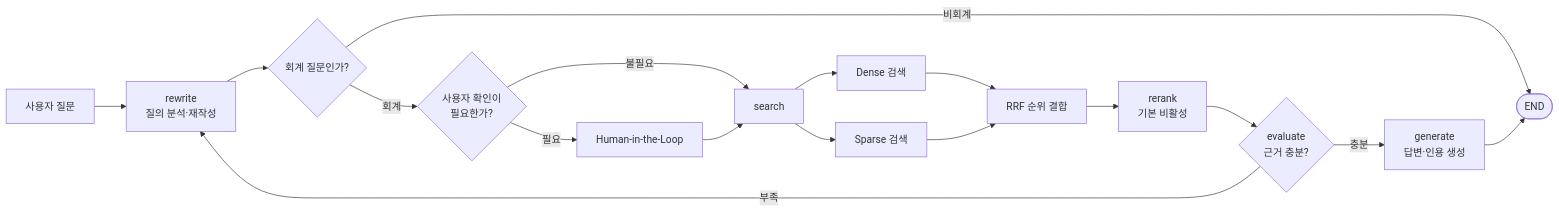
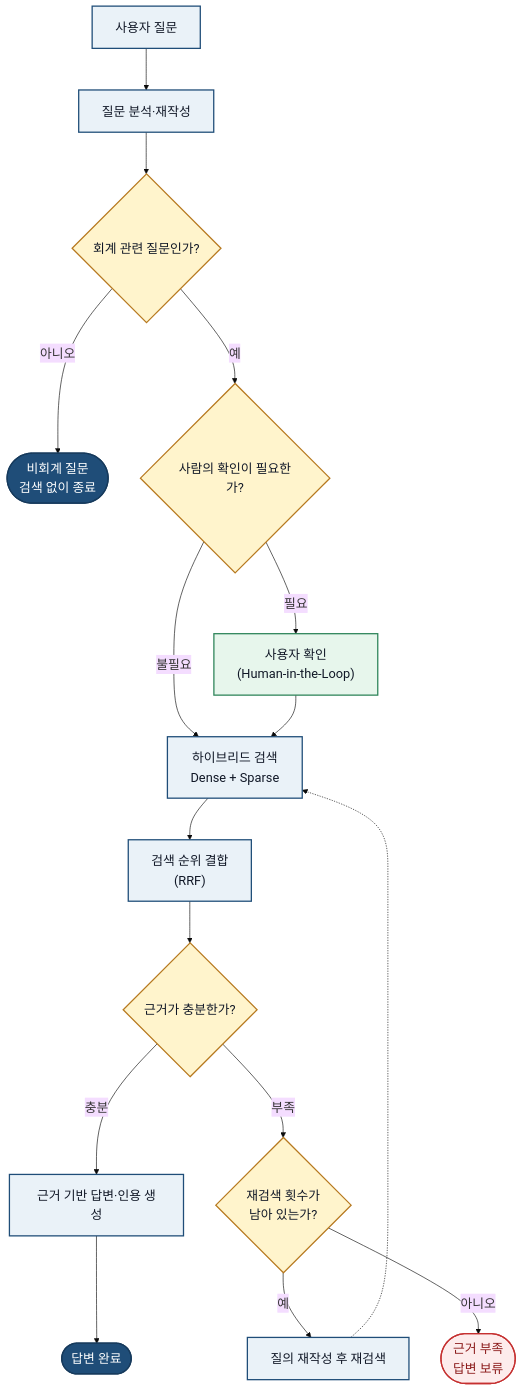
One commit to PDW-accountant/rag_for_accounting changed the second of 2 diagrams in README.md. Above: the diagram before and after it, drawn with Mermaid. The commit also changed other lines of this file, not shown here.

Commit message:
아키텍처 업데이트

````diff
--- a/README.md
+++ b/README.md
@@ -82,19 +97,55 @@
 ```mermaid
-flowchart LR
-    Q["사용자 질문"] --> RW["rewrite<br/>질의 분석·재작성"]
-    RW --> ACC{"회계 질문인가?"}
-    ACC -->|비회계| ED([END])
-    ACC -->|회계| HIL{"사용자 확인이<br/>필요한가?"}
-    HIL -->|필요| HR["Human-in-the-Loop"]
-    HIL -->|불필요| S["search"]
-    HR --> S
-    S --> D["Dense 검색"]
-    S --> SP["Sparse 검색"]
-    D --> RRF["RRF 순위 결합"]
-    SP --> RRF
-    RRF --> RR["rerank<br/>기본 비활성"]
-    RR --> EV{"evaluate<br/>근거 충분?"}
-    EV -->|부족| RW
-    EV -->|충분| G["generate<br/>답변·인용 생성"]
-    G --> ED
- ```
+%%{init: {"theme":"base","themeVariables":{"fontSize":"20px","fontFamily":"Arial, sans-serif"},"flowchart":{"useMaxWidth":true,"nodeSpacing":50,"rankSpacing":65,"padding":18}}}%%
+flowchart TB
+    Q["사용자 질문"]
+    RW["질문 분석·재작성"]
+    ACC{"회계 관련 질문인가?"}
+    BYPASS(["비회계 질문<br/>검색 없이 종료"])
+
+    CHECK{"사람의 확인이 필요한가?"}
+    HUMAN["사용자 확인<br/>(Human-in-the-Loop)"]
+
+    SEARCH["하이브리드 검색<br/>Dense + Sparse"]
+    RRF["검색 순위 결합<br/>(RRF)"]
+    EV{"근거가 충분한가?"}
+
+    ANSWER["근거 기반 답변·인용 생성"]
+    DONE(["답변 완료"])
+
+    RETRY{"재검색 횟수가<br/>남아 있는가?"}
+    REWRITE["질의 재작성 후 재검색"]
+    REFUSE(["근거 부족<br/>답변 보류"])
+
+    Q --> RW
+    RW --> ACC
+
+    ACC -->|아니오| BYPASS
+    ACC -->|예| CHECK
+
+    CHECK -->|필요| HUMAN
+    CHECK -->|불필요| SEARCH
+    HUMAN --> SEARCH
+
+    SEARCH --> RRF
+    RRF --> EV
+
+    EV -->|충분| ANSWER
+    ANSWER --> DONE
+
+    EV -->|부족| RETRY
+    RETRY -->|예| REWRITE
+    REWRITE -.-> SEARCH
+    RETRY -->|아니오| REFUSE
+
+    classDef step fill:#EAF2F8,stroke:#1F4D78,stroke-width:2px,color:#111827,font-size:20px;
+    classDef decision fill:#FFF4CC,stroke:#B7791F,stroke-width:2px,color:#111827,font-size:20px;
+    classDef human fill:#E7F6EC,stroke:#2F855A,stroke-width:2px,color:#111827,font-size:20px;
+    classDef terminal fill:#1F4D78,stroke:#163A5C,stroke-width:2px,color:#FFFFFF,font-size:20px;
+    classDef refuse fill:#FDECEC,stroke:#C53030,stroke-width:2px,color:#8B1A1A,font-size:20px;
+
+    class Q,RW,SEARCH,RRF,ANSWER,REWRITE step;
+    class ACC,CHECK,EV,RETRY decision;
+    class HUMAN human;
+    class BYPASS,DONE terminal;
+    class REFUSE refuse;
+```
````
